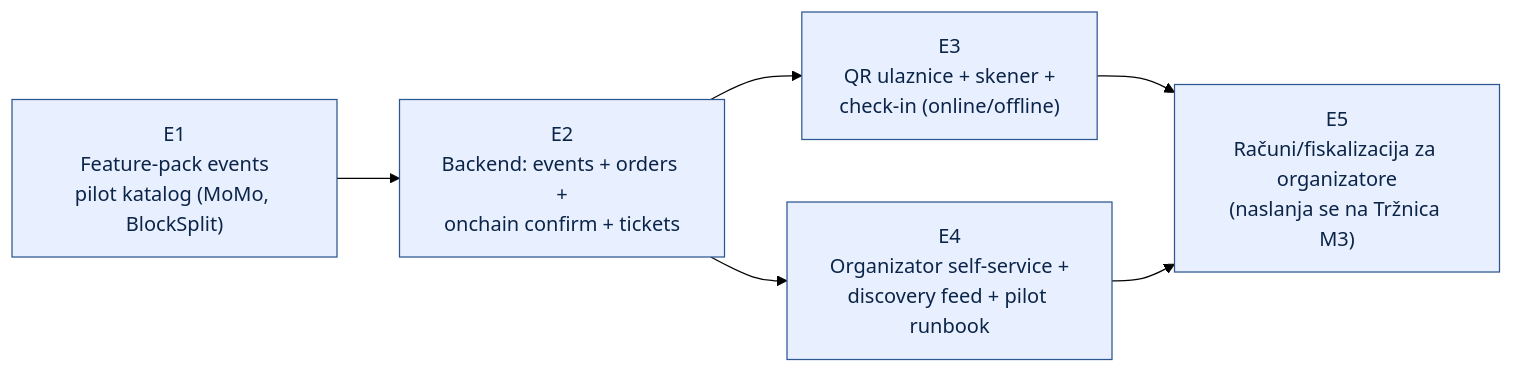
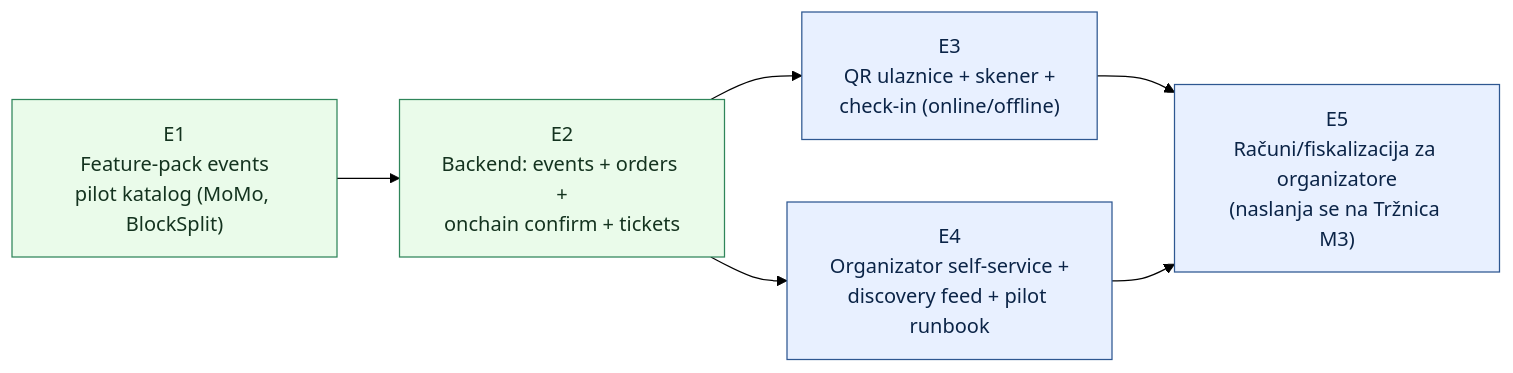
One commit to airkuna/safe-wallet-monorepo changed the fifth of 5 diagrams in docs/whitelabel-wallet/11-dogadjaji-p2p-ticketing.md. Above: the diagram before and after it, drawn with Mermaid (forest theme). The commit also changed other lines of this file and 28 other files, not shown here.

````diff
--- a/docs/whitelabel-wallet/11-dogadjaji-p2p-ticketing.md
+++ b/docs/whitelabel-wallet/11-dogadjaji-p2p-ticketing.md
@@ -221,11 +221,13 @@
 ```mermaid
 flowchart LR
   E1["E1<br/>Feature-pack events<br/>pilot katalog (MoMo, BlockSplit)"] --> E2["E2<br/>Backend: events + orders +<br/>onchain confirm + tickets"]
   E2 --> E3["E3<br/>QR ulaznice + skener +<br/>check-in (online/offline)"]
   E2 --> E4["E4<br/>Organizator self-service +<br/>discovery feed + pilot runbook"]
   E3 --> E5["E5<br/>Računi/fiskalizacija za organizatore<br/>(naslanja se na Tržnica M3)"]
   E4 --> E5
 
+  classDef done fill:#eafbea,stroke:#2f855a,color:#14331f
   classDef todo fill:#e8f0ff,stroke:#2e5791,color:#0b2447
-  class E1,E2,E3,E4,E5 todo
+  class E1,E2 done
+  class E3,E4,E5 todo
 ```
````
